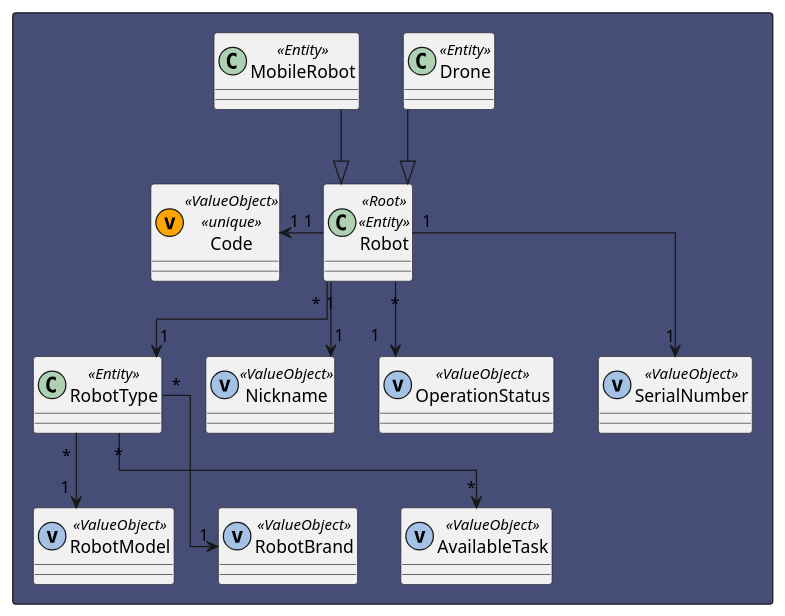
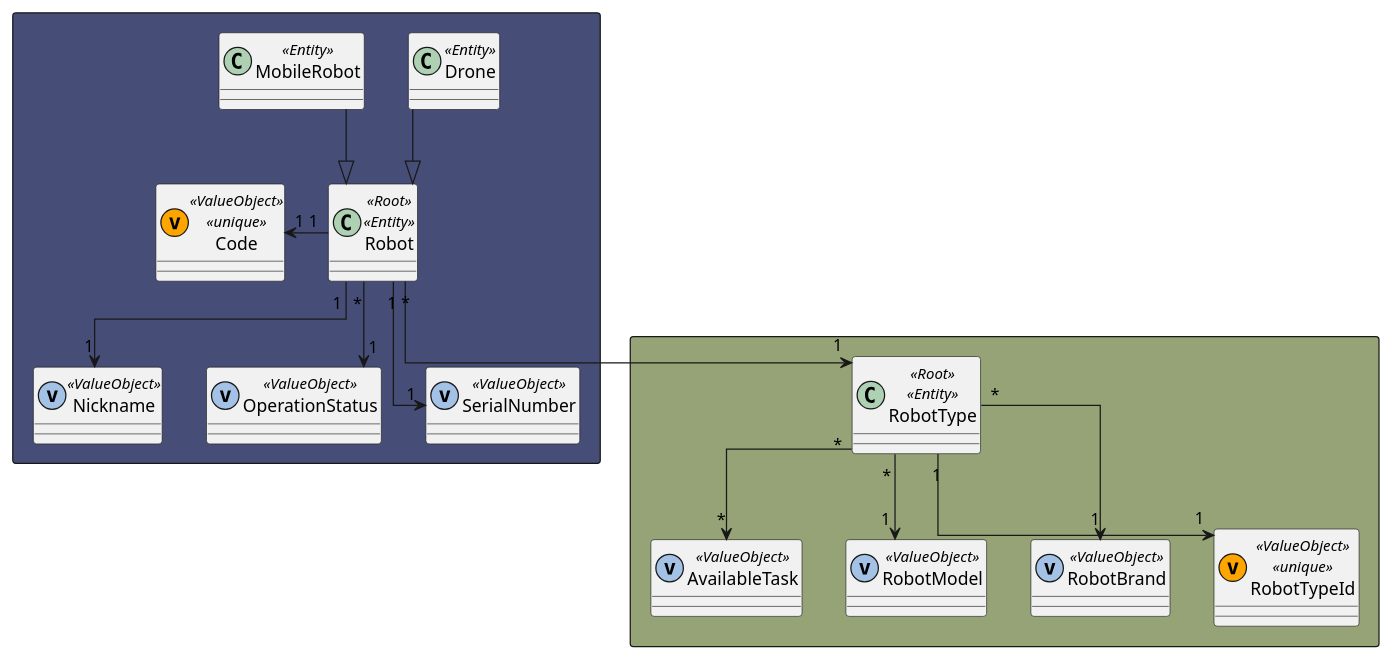
The diagram in docs/US_350/Diagrams/DomainModelExcerpt.puml (Pedro-Pereira1/sem5pi_23_24_g056), drawn with PlantUML before and after one commit. The commit also changed 1 other file, not shown here.

Commit message:
Updated documentation, updated Domain Model excerpt for US350

```diff
--- a/docs/US_350/Diagrams/DomainModelExcerpt.puml
+++ b/docs/US_350/Diagrams/DomainModelExcerpt.puml
@@ -1,34 +1,38 @@
 @startuml
 
 skinparam linetype ortho
 
+'========================================================
 rectangle #464D77{
 class Robot << Root >> << Entity >>
-class RobotType << Entity >>
 class Drone  << Entity >>
 class MobileRobot  << Entity >>
 
-class RobotModel  << (v,#A4C2E5) ValueObject >>
-class RobotBrand  << (v,#A4C2E5) ValueObject >>
-
 class Code  << (v,orange) ValueObject >> << unique >>
-class AvailableTask  << (v,#A4C2E5) ValueObject >>
 class Nickname  << (v,#A4C2E5) ValueObject >>
 class OperationStatus  << (v,#A4C2E5) ValueObject >>
 class SerialNumber  << (v,#A4C2E5) ValueObject >>
+}
+'========================================================
+rectangle #96A377{
+class RobotType << Root >> << Entity >>
+class AvailableTask  << (v,#A4C2E5) ValueObject >>
+class RobotModel  << (v,#A4C2E5) ValueObject >>
+class RobotBrand  << (v,#A4C2E5) ValueObject >>
+class RobotTypeId << (v,orange) ValueObject >> << unique >>
 
 }
 
 Robot <|-u- MobileRobot
 Robot <|-u- Drone
 Robot "1"-l->"1" Code
 Robot "*"-->"1" RobotType
 Robot "*"-d->"1" OperationStatus
 Robot "1"-->"1" Nickname
 Robot "1"-->"1" SerialNumber
 
 RobotType "*"-->"1" RobotModel
 RobotType "*"-->"1" RobotBrand
 RobotType "*"-->"*" AvailableTask
-
+RobotType "1"-->"1" RobotTypeId
 @enduml
```
